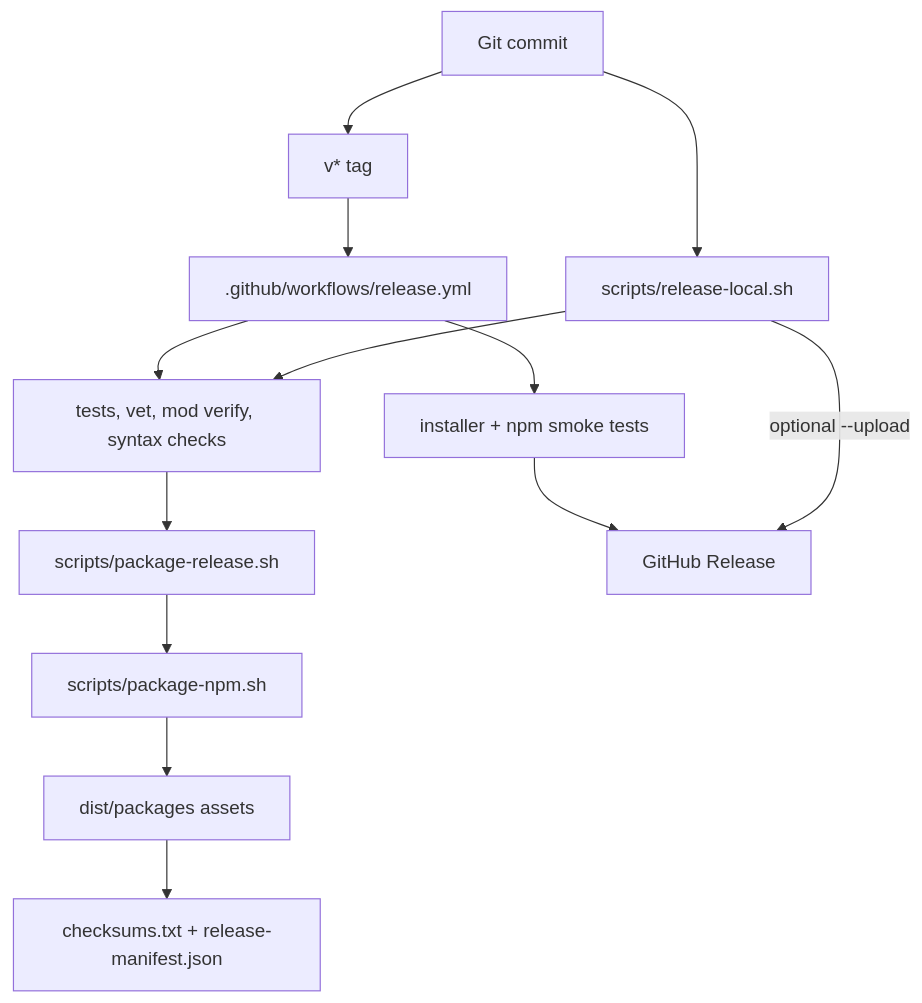
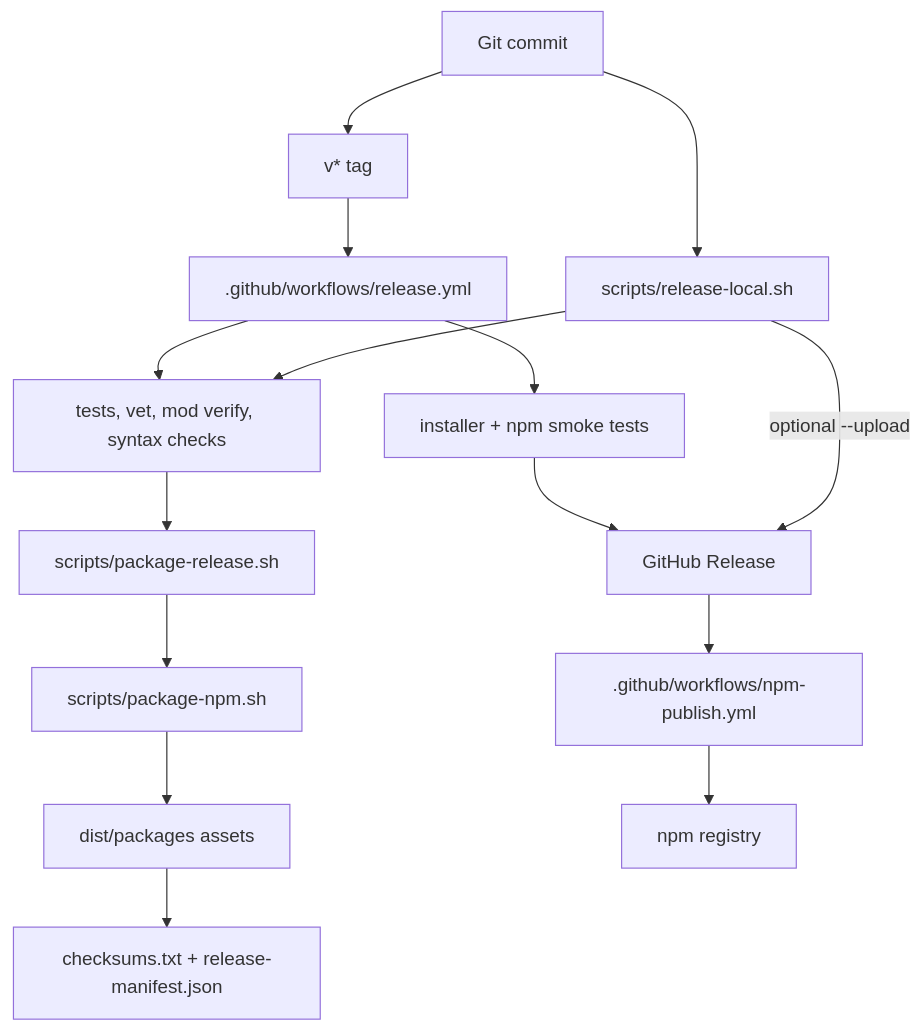
Before and after one commit to asudbring/loki-profile-manager: the seventh of 7 diagrams in docs/ARCHITECTURE.md, drawn with Mermaid. The commit also changed other lines of this file and 6 other files, not shown here.

Commit message:
ci: publish npm package

````diff
--- a/docs/ARCHITECTURE.md
+++ b/docs/ARCHITECTURE.md
@@ -409,23 +409,26 @@
 ```mermaid
 flowchart TB
     Commit[Git commit]
     Tag[v* tag]
     ReleaseWorkflow[.github/workflows/release.yml]
     LocalScript[scripts/release-local.sh]
     Validate[tests, vet, mod verify, syntax checks]
     PackageRelease[scripts/package-release.sh]
     PackageNpm[scripts/package-npm.sh]
     Assets[dist/packages assets]
     Checksums[checksums.txt + release-manifest.json]
     Smoke[installer + npm smoke tests]
     GitHubRelease[GitHub Release]
+    NpmPublish[.github/workflows/npm-publish.yml]
+    NpmRegistry[npm registry]
 
     Commit --> Tag --> ReleaseWorkflow
     Commit --> LocalScript
     ReleaseWorkflow --> Validate
     LocalScript --> Validate
     Validate --> PackageRelease --> PackageNpm --> Assets
     Assets --> Checksums
     ReleaseWorkflow --> Smoke --> GitHubRelease
+    GitHubRelease --> NpmPublish --> NpmRegistry
     LocalScript -->|optional --upload| GitHubRelease
 ```
````
